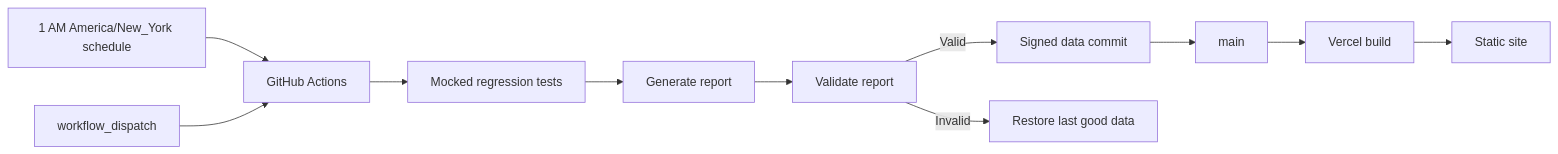
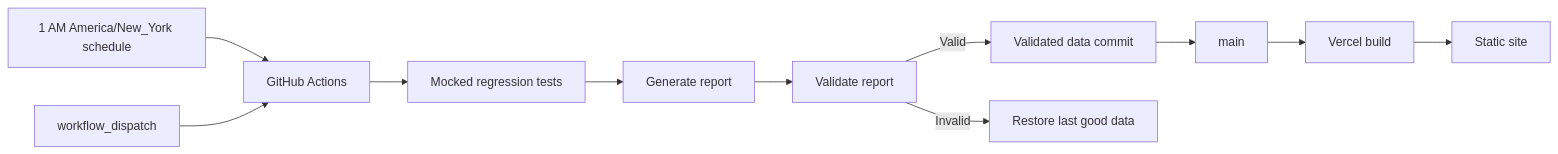
One commit to BlockFrame/AI-Observatory changed the diagram in docs/deployment.md. Above: the diagram before and after it, drawn with Mermaid. The commit also changed other lines of this file and 45 other files, not shown here.

````diff
--- a/docs/deployment.md
+++ b/docs/deployment.md
@@ -7,13 +7,13 @@
 ```mermaid
 flowchart LR
     CRON[1 AM America/New_York schedule] --> ACTION[GitHub Actions]
     MANUAL[workflow_dispatch] --> ACTION
     ACTION --> TESTS[Mocked regression tests]
     TESTS --> PIPELINE[Generate report]
     PIPELINE --> GATE[Validate report]
-    GATE -->|Valid| COMMIT[Signed data commit]
+    GATE -->|Valid| COMMIT[Validated data commit]
     GATE -->|Invalid| RESTORE[Restore last good data]
     COMMIT --> MAIN[main]
     MAIN --> VERCEL[Vercel build]
     VERCEL --> SITE[Static site]
 ```
````
